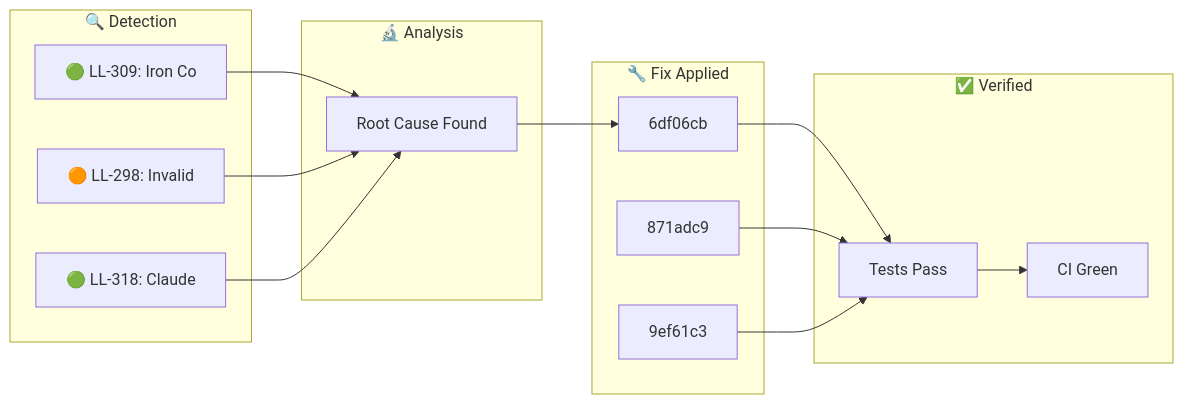
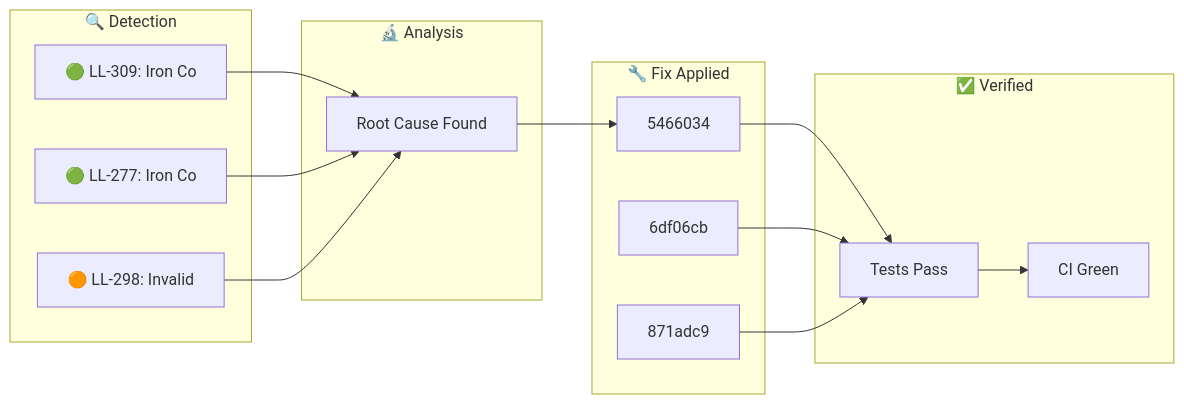
One commit to YoByron/trading changed the diagram in docs/_posts/2026-01-29-ralph-discovery.md. Above: the diagram before and after it, drawn with Mermaid. The commit also changed other lines of this file, not shown here.

````diff
--- a/docs/_posts/2026-01-29-ralph-discovery.md
+++ b/docs/_posts/2026-01-29-ralph-discovery.md
@@ -17,28 +17,28 @@
 ```mermaid
 flowchart LR
     subgraph Detection["🔍 Detection"]
         D1["🟢 LL-309: Iron Co"]
-        D2["🟠 LL-298: Invalid"]
-        D3["🟢 LL-318: Claude "]
+        D2["🟢 LL-277: Iron Co"]
+        D3["🟠 LL-298: Invalid"]
     end
     subgraph Analysis["🔬 Analysis"]
         A1["Root Cause Found"]
     end
     subgraph Fix["🔧 Fix Applied"]
-        F1["6df06cb"]
-        F2["871adc9"]
-        F3["9ef61c3"]
+        F1["5466034"]
+        F2["6df06cb"]
+        F3["871adc9"]
     end
     subgraph Verify["✅ Verified"]
         V1["Tests Pass"]
         V2["CI Green"]
     end
     D1 --> A1
     D2 --> A1
     D3 --> A1
     A1 --> F1
     F1 --> V1
     F2 --> V1
     F3 --> V1
     V1 --> V2
 ```
````
